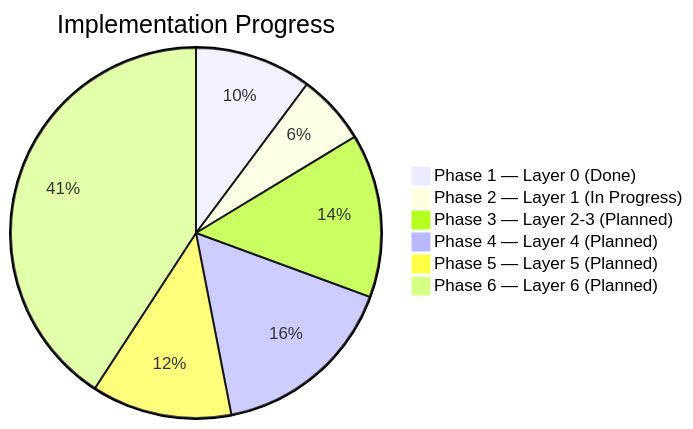
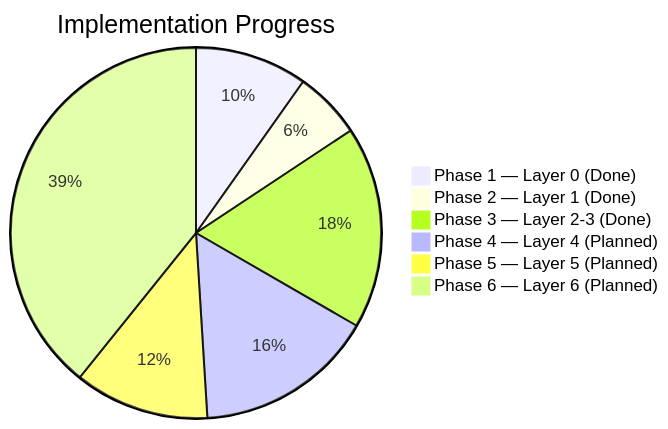
One commit to widdestoyud/assesment-s1-2026 changed the first of 3 diagrams in docs/wiki/membership-benefit-card/07-Development/Phase-Progress.md. Above: the diagram before and after it, drawn with Mermaid. The commit also changed other lines of this file and 23 other files, not shown here.

````diff
--- a/docs/wiki/membership-benefit-card/07-Development/Phase-Progress.md
+++ b/docs/wiki/membership-benefit-card/07-Development/Phase-Progress.md
@@ -11,9 +12,9 @@
 ```mermaid
 pie title Implementation Progress
     "Phase 1 — Layer 0 (Done)" : 5
-    "Phase 2 — Layer 1 (In Progress)" : 3
-    "Phase 3 — Layer 2-3 (Planned)" : 7
+    "Phase 2 — Layer 1 (Done)" : 3
+    "Phase 3 — Layer 2-3 (Done)" : 9
     "Phase 4 — Layer 4 (Planned)" : 8
     "Phase 5 — Layer 5 (Planned)" : 6
     "Phase 6 — Layer 6 (Planned)" : 20
 ```
````
